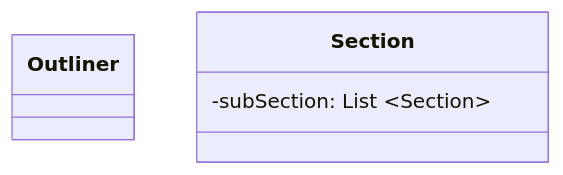
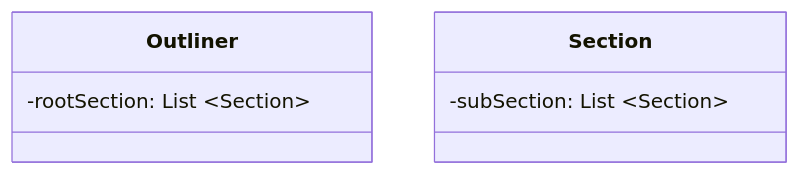
Before and after one commit to itsjihunpark/Microsoft-Word-Outliner-Clone: the diagram in docs/UMLTemplate.md, drawn with Mermaid.

````diff
--- a/docs/UMLTemplate.md
+++ b/docs/UMLTemplate.md
@@ -24,11 +24,11 @@
 ```mermaid
 classDiagram
   
     class Outliner{
-      
+      -rootSection: List ~Section~
     }
     class Section{
       -subSection: List ~Section~
     }
 
 ```
````
